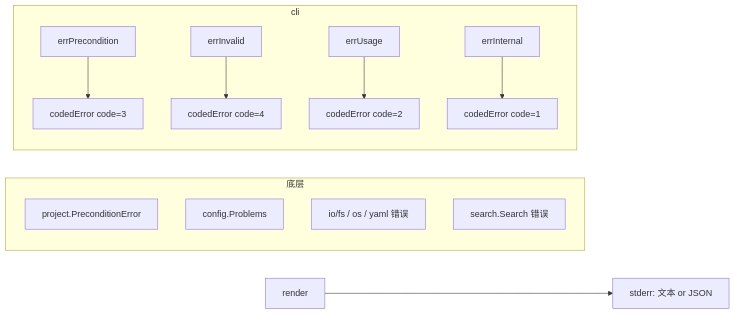
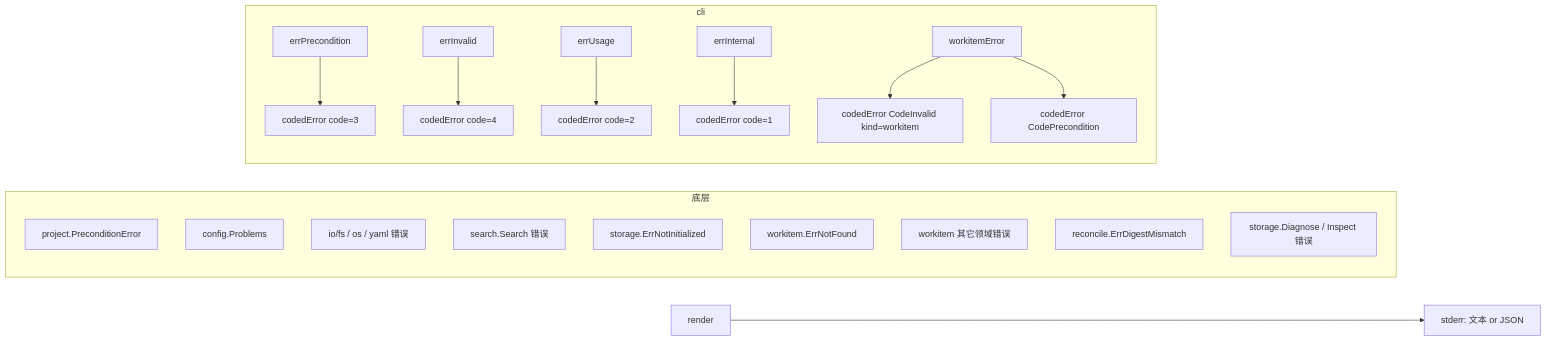
One commit to JAYY513/Workloom changed the third of 3 diagrams in docs/repowiki/knowledge/项目接入与配置/架构设计.md. Above: the diagram before and after it, drawn with Mermaid. The commit also changed other lines of this file and 23 other files, not shown here.

````diff
--- a/docs/repowiki/knowledge/项目接入与配置/架构设计.md
+++ b/docs/repowiki/knowledge/项目接入与配置/架构设计.md
@@ -109,16 +184,23 @@
 ```mermaid
 flowchart LR
   subgraph 底层
     P1[project.PreconditionError]
     P2[config.Problems]
     P3[io/fs / os / yaml 错误]
     S1[search.Search 错误]
+    W1[storage.ErrNotInitialized]
+    W2[workitem.ErrNotFound]
+    W3[workitem 其它领域错误]
+    R1[reconcile.ErrDigestMismatch]
+    R2[storage.Diagnose / Inspect 错误]
   end
   subgraph cli
     W[errPrecondition] --> CE1[codedError code=3]
     V[errInvalid] --> CE2[codedError code=4]
     U[errUsage] --> CE3[codedError code=2]
     I[errInternal] --> CE4[codedError code=1]
+    WE[workitemError] --> CEW[codedError CodeInvalid kind=workitem]
+    WE --> CEP[codedError CodePrecondition]
   end
   R[render] --> Out[stderr: 文本 or JSON]
 ```
````
